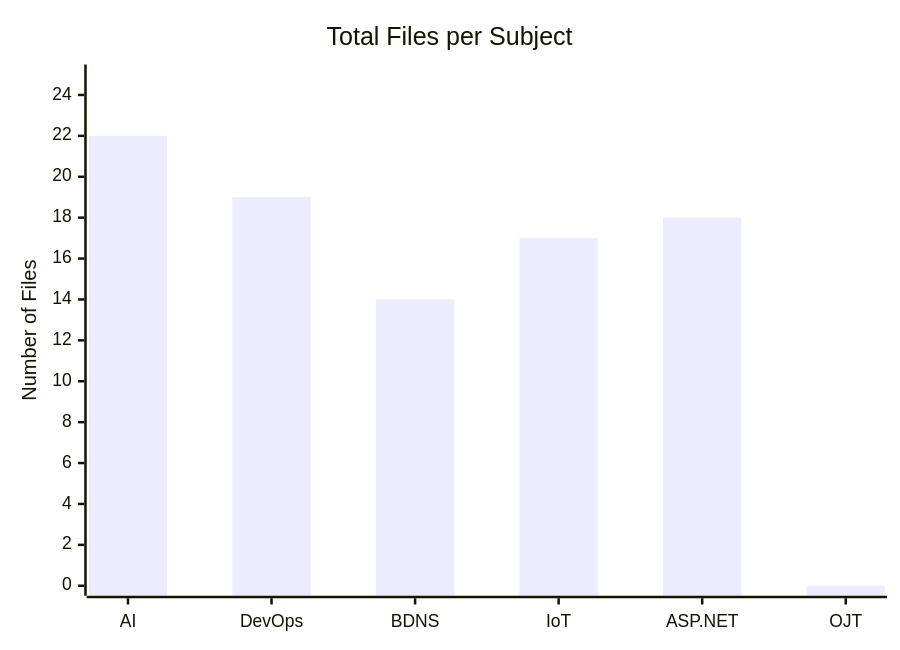
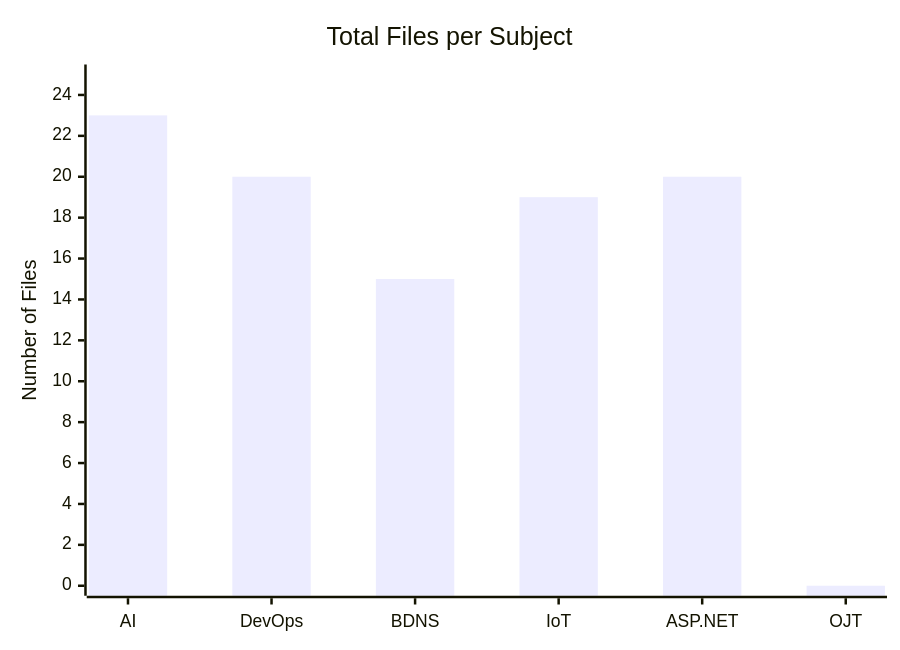
One commit to Mandar-Kshirsagar/TYIT-SEM-5 changed the first of 4 diagrams in README.md. Above: the diagram before and after it, drawn with Mermaid. The commit also changed other lines of this file and 23 other files, not shown here.

````diff
--- a/README.md
+++ b/README.md
@@ -24,7 +24,7 @@
 ```mermaid
 xychart-beta
     title "Total Files per Subject"
     x-axis ["AI", "DevOps", "BDNS", "IoT", "ASP.NET", "OJT"]
     y-axis "Number of Files" 0 --> 25
-    bar [22, 19, 14, 17, 18, 0]
+    bar [23, 20, 15, 19, 20, 0]
 ```
````
